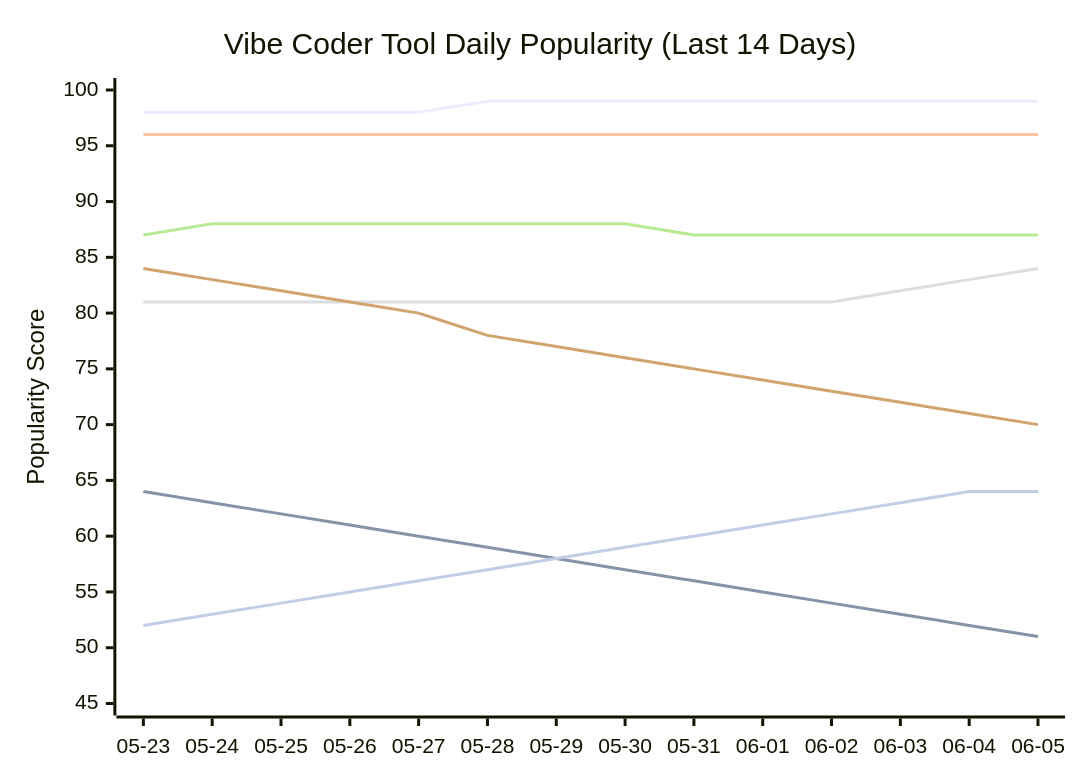
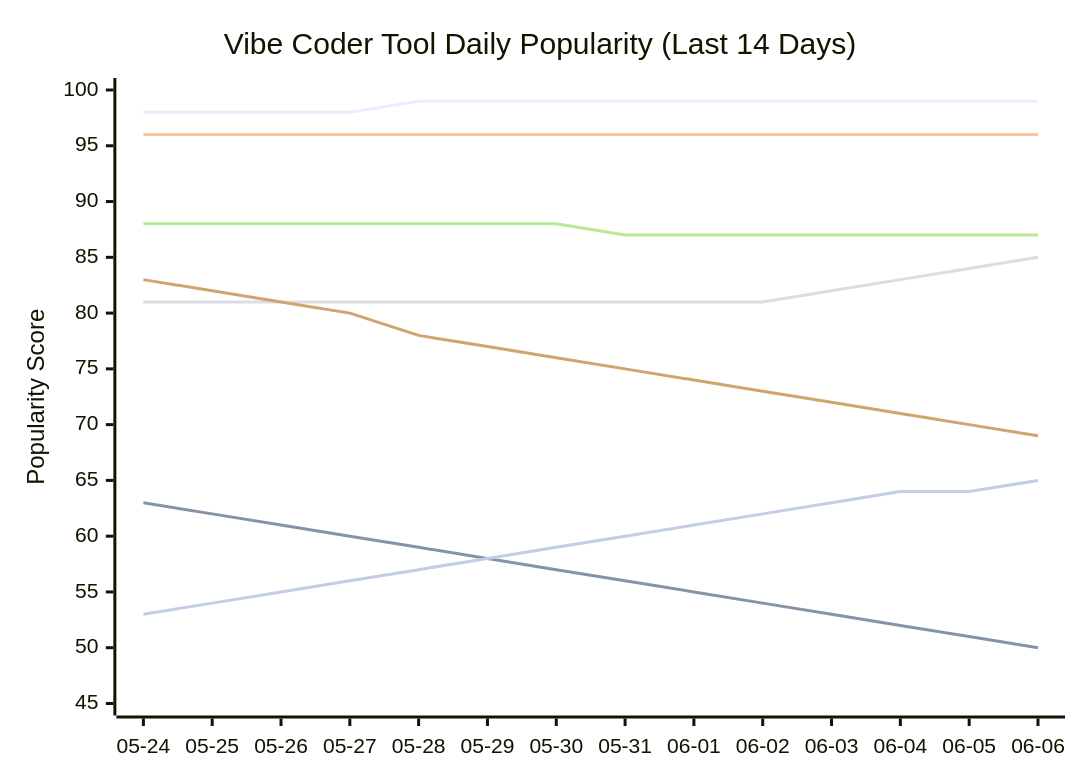
One commit to tykimos/ai-whatchelin changed the seventh of 11 diagrams in README.md. Above: the diagram before and after it, drawn with Mermaid. The commit also changed other lines of this file and 4 other files, not shown here.

````diff
--- a/README.md
+++ b/README.md
@@ -1402,13 +1402,13 @@
 ```mermaid
 xychart-beta
     title "Vibe Coder Tool Daily Popularity (Last 14 Days)"
-    x-axis ["05-23", "05-24", "05-25", "05-26", "05-27", "05-28", "05-29", "05-30", "05-31", "06-01", "06-02", "06-03", "06-04", "06-05"]
+    x-axis ["05-24", "05-25", "05-26", "05-27", "05-28", "05-29", "05-30", "05-31", "06-01", "06-02", "06-03", "06-04", "06-05", "06-06"]
     y-axis "Popularity Score" 45 --> 100
-    line "Claude Code" [98, 98, 98, 98, 98, 99, 99, 99, 99, 99, 99, 99, 99, 99]
-    line "GH Copilot" [64, 63, 62, 61, 60, 59, 58, 57, 56, 55, 54, 53, 52, 51]
+    line "Claude Code" [98, 98, 98, 98, 99, 99, 99, 99, 99, 99, 99, 99, 99, 99]
+    line "GH Copilot" [63, 62, 61, 60, 59, 58, 57, 56, 55, 54, 53, 52, 51, 50]
     line "Cursor" [96, 96, 96, 96, 96, 96, 96, 96, 96, 96, 96, 96, 96, 96]
-    line "Windsurf" [81, 81, 81, 81, 81, 81, 81, 81, 81, 81, 81, 82, 83, 84]
-    line "Codex CLI" [87, 88, 88, 88, 88, 88, 88, 88, 87, 87, 87, 87, 87, 87]
-    line "Gemini CLI" [84, 83, 82, 81, 80, 78, 77, 76, 75, 74, 73, 72, 71, 70]
-    line "Antigravity" [52, 53, 54, 55, 56, 57, 58, 59, 60, 61, 62, 63, 64, 64]
+    line "Windsurf" [81, 81, 81, 81, 81, 81, 81, 81, 81, 81, 82, 83, 84, 85]
+    line "Codex CLI" [88, 88, 88, 88, 88, 88, 88, 87, 87, 87, 87, 87, 87, 87]
+    line "Gemini CLI" [83, 82, 81, 80, 78, 77, 76, 75, 74, 73, 72, 71, 70, 69]
+    line "Antigravity" [53, 54, 55, 56, 57, 58, 59, 60, 61, 62, 63, 64, 64, 65]
 ```
````
